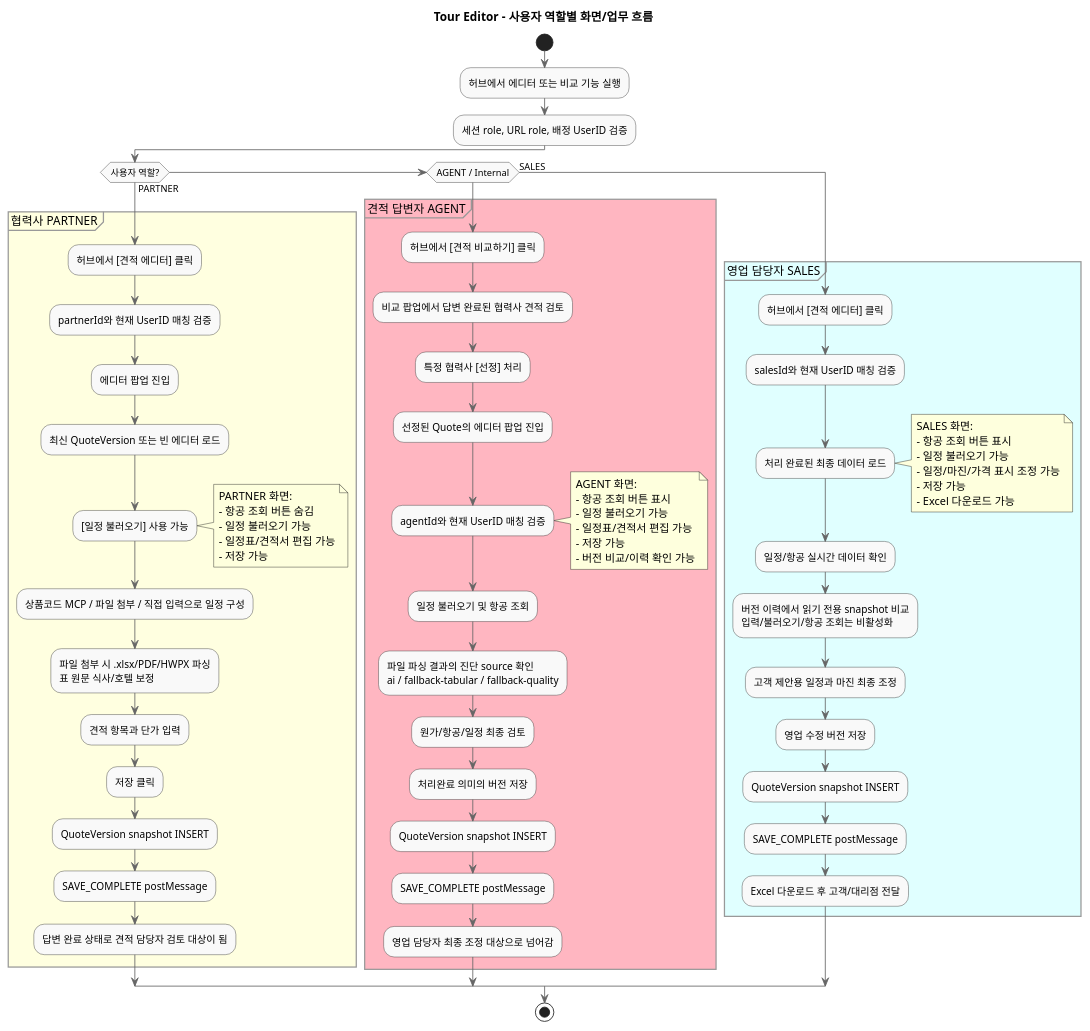
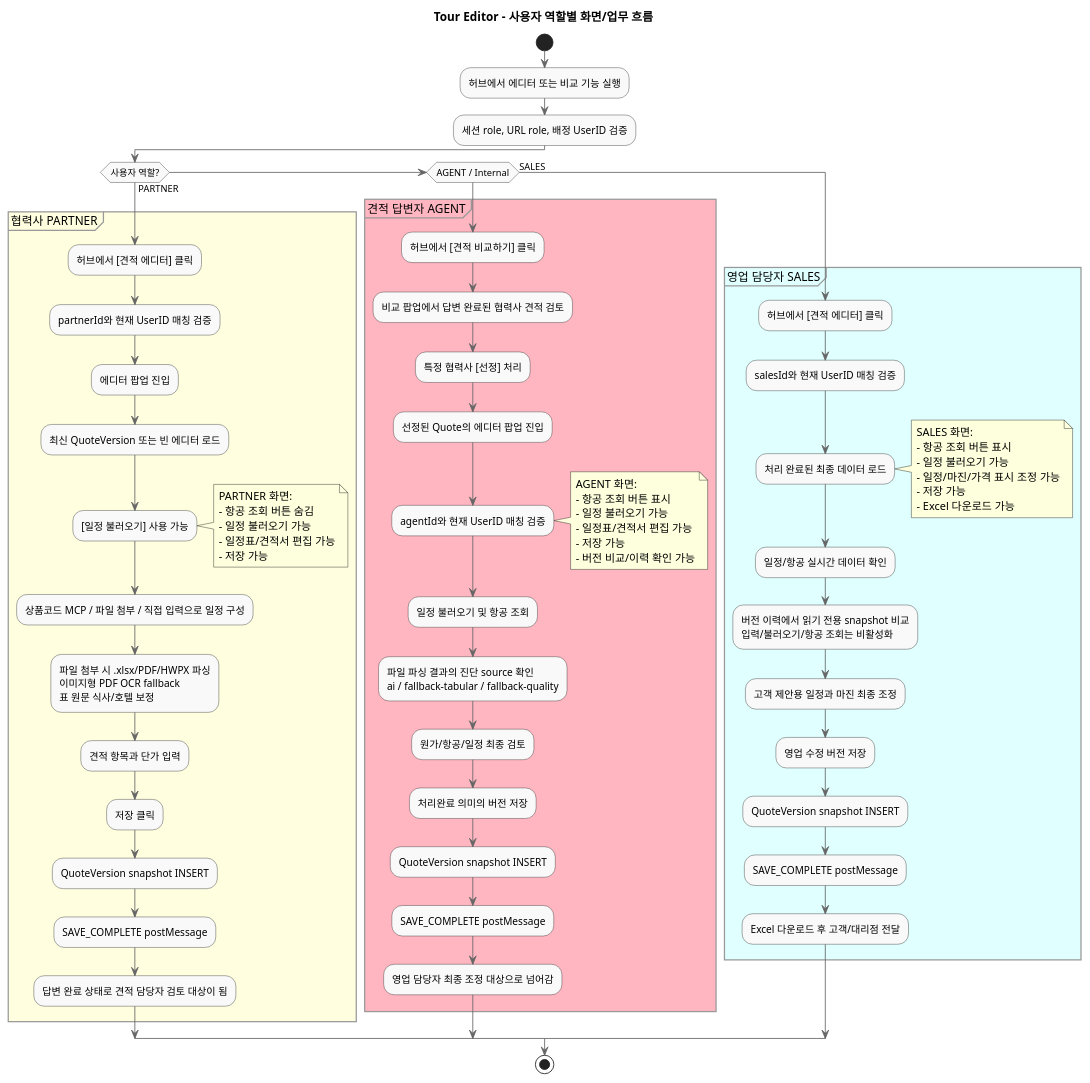
Before and after one commit to yoonzzan/tour-editor: the diagram in docs/diagrams/role_flows.puml, drawn with PlantUML. The commit also changed 17 other files, not shown here.

```diff
--- a/docs/diagrams/role_flows.puml
+++ b/docs/diagrams/role_flows.puml
@@ -1,84 +1,84 @@
 @startuml RoleFlows
 title Tour Editor - 사용자 역할별 화면/업무 흐름
 
 skinparam ActivityBackgroundColor #F9F9F9
 skinparam ActivityBorderColor #333333
 skinparam ArrowColor #666666
 skinparam PartitionBorderColor #999999
 
 start
 
 :허브에서 에디터 또는 비교 기능 실행;
 :세션 role, URL role, 배정 UserID 검증;
 
 if (사용자 역할?) then (PARTNER)
   partition "협력사 PARTNER" #LightYellow {
     :허브에서 [견적 에디터] 클릭;
     :partnerId와 현재 UserID 매칭 검증;
     :에디터 팝업 진입;
     :최신 QuoteVersion 또는 빈 에디터 로드;
     :[일정 불러오기] 사용 가능;
     note right
       PARTNER 화면:
       - 항공 조회 버튼 숨김
       - 일정 불러오기 가능
       - 일정표/견적서 편집 가능
       - 저장 가능
     end note
     :상품코드 MCP / 파일 첨부 / 직접 입력으로 일정 구성;
-    :파일 첨부 시 .xlsx/PDF/HWPX 파싱\n표 원문 식사/호텔 보정;
+    :파일 첨부 시 .xlsx/PDF/HWPX 파싱\n이미지형 PDF OCR fallback\n표 원문 식사/호텔 보정;
     :견적 항목과 단가 입력;
     :저장 클릭;
     :QuoteVersion snapshot INSERT;
     :SAVE_COMPLETE postMessage;
     :답변 완료 상태로 견적 담당자 검토 대상이 됨;
   }
 elseif (AGENT / Internal)
   partition "견적 답변자 AGENT" #LightPink {
     :허브에서 [견적 비교하기] 클릭;
     :비교 팝업에서 답변 완료된 협력사 견적 검토;
     :특정 협력사 [선정] 처리;
     :선정된 Quote의 에디터 팝업 진입;
     :agentId와 현재 UserID 매칭 검증;
     note right
       AGENT 화면:
       - 항공 조회 버튼 표시
       - 일정 불러오기 가능
       - 일정표/견적서 편집 가능
       - 저장 가능
       - 버전 비교/이력 확인 가능
     end note
     :일정 불러오기 및 항공 조회;
     :파일 파싱 결과의 진단 source 확인\nai / fallback-tabular / fallback-quality;
     :원가/항공/일정 최종 검토;
     :처리완료 의미의 버전 저장;
     :QuoteVersion snapshot INSERT;
     :SAVE_COMPLETE postMessage;
     :영업 담당자 최종 조정 대상으로 넘어감;
   }
 else (SALES)
   partition "영업 담당자 SALES" #LightCyan {
     :허브에서 [견적 에디터] 클릭;
     :salesId와 현재 UserID 매칭 검증;
     :처리 완료된 최종 데이터 로드;
     note right
       SALES 화면:
       - 항공 조회 버튼 표시
       - 일정 불러오기 가능
       - 일정/마진/가격 표시 조정 가능
       - 저장 가능
       - Excel 다운로드 가능
     end note
     :일정/항공 실시간 데이터 확인;
     :버전 이력에서 읽기 전용 snapshot 비교\n입력/불러오기/항공 조회는 비활성화;
     :고객 제안용 일정과 마진 최종 조정;
     :영업 수정 버전 저장;
     :QuoteVersion snapshot INSERT;
     :SAVE_COMPLETE postMessage;
     :Excel 다운로드 후 고객/대리점 전달;
   }
 endif
 
 stop
 
 @enduml
```
